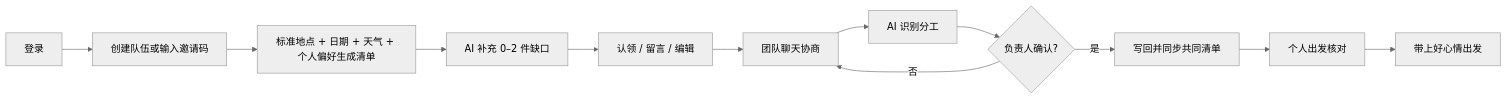
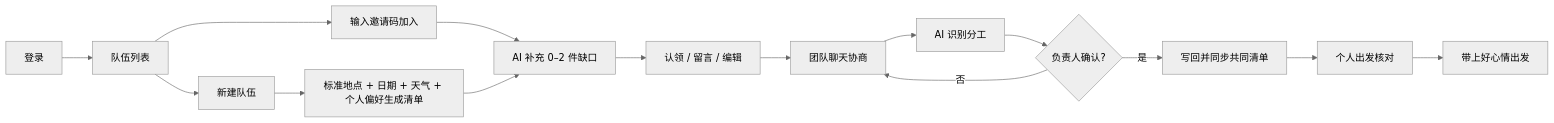
Before and after one commit to candy-zy/daiqi-ai-packlist: the first of 2 diagrams in README.md, drawn with Mermaid (neutral theme). The commit also changed other lines of this file and 4 other files, not shown here.

````diff
--- a/README.md
+++ b/README.md
@@ -114,14 +112,17 @@
 ```mermaid
 flowchart LR
-  A[登录] --> B[创建队伍或输入邀请码]
-  B --> C[标准地点 + 日期 + 天气 + 个人偏好生成清单]
+  A[登录] --> B[队伍列表]
+  B --> B1[新建队伍]
+  B --> B2[输入邀请码加入]
+  B1 --> C[标准地点 + 日期 + 天气 + 个人偏好生成清单]
+  B2 --> D[AI 补充 0–2 件缺口]
   C --> D[AI 补充 0–2 件缺口]
   D --> E[认领 / 留言 / 编辑]
   E --> F[团队聊天协商]
   F --> G[AI 识别分工]
   G --> H{负责人确认?}
   H -- 是 --> I[写回并同步共同清单]
   H -- 否 --> F
   I --> J[个人出发核对]
   J --> K[带上好心情出发]
 ```
````
